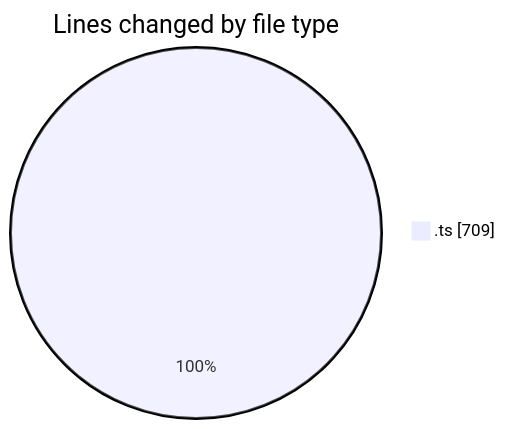
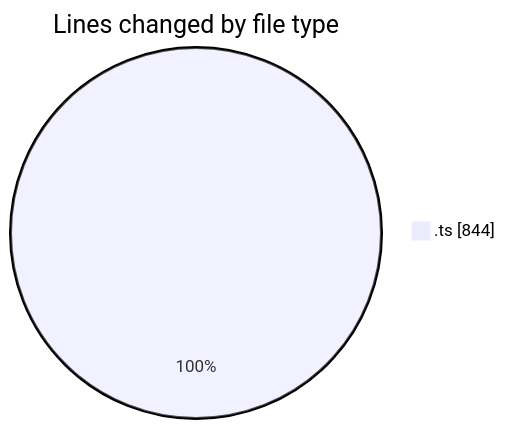
The first of 2 diagrams in 2026-02-09/singularitybrainai/README.md (tmsrecording-cyber/code-tracking), drawn with Mermaid before and after one commit. The commit also changed other lines of this file and 1 other file, not shown here.

````diff
--- a/2026-02-09/singularitybrainai/README.md
+++ b/2026-02-09/singularitybrainai/README.md
@@ -24,5 +24,5 @@
 ```mermaid
 pie showData
 title Lines changed by file type
-".ts" : 709
+".ts" : 844
 ```
````
